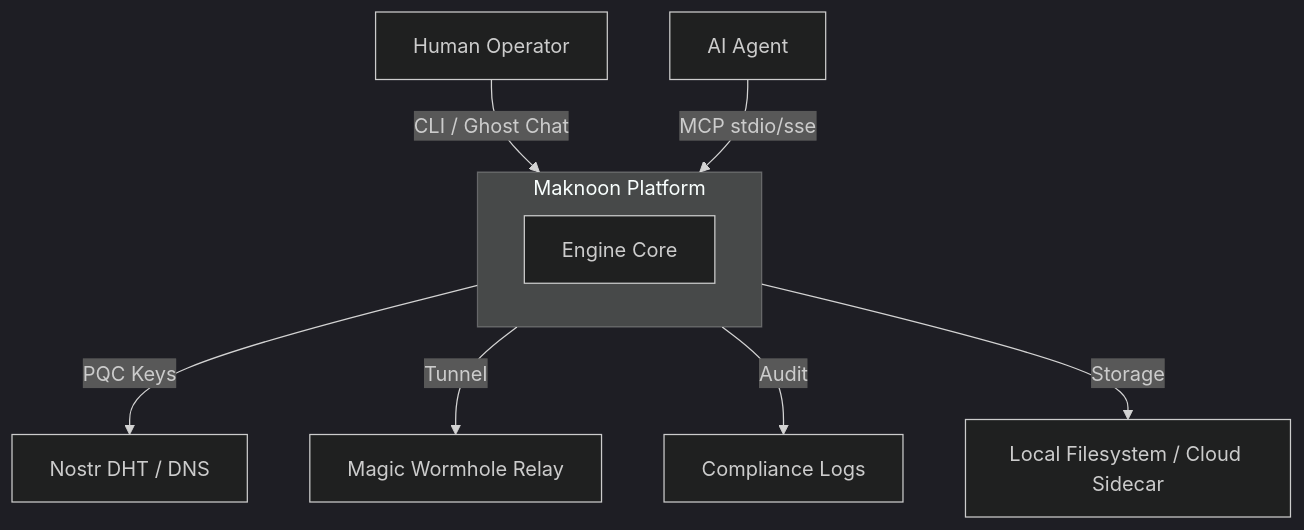
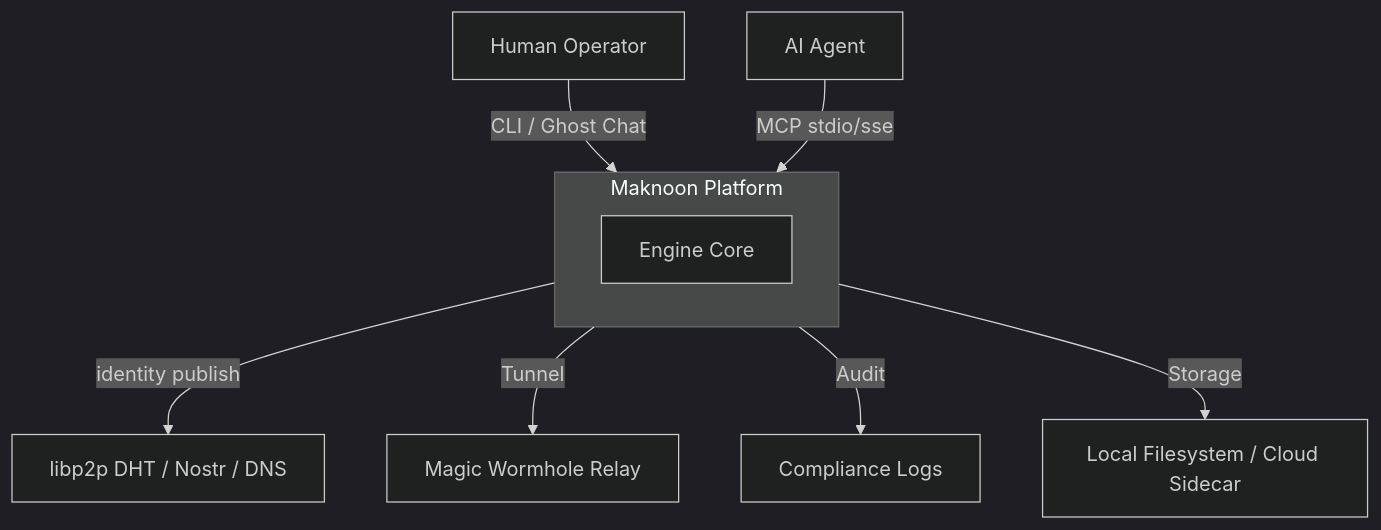
One commit to al-Zamakhshari/maknoon changed the first of 5 diagrams in docs/architecture/overview.md. Above: the diagram before and after it, drawn with Mermaid (dark theme). The commit also changed other lines of this file and 7 other files, not shown here.

First line of the commit message:
docs: remove profile 2 (aes), update identity registry docs

````diff
--- a/docs/architecture/overview.md
+++ b/docs/architecture/overview.md
@@ -7,14 +7,14 @@
 ```mermaid
 graph TD
     User[Human Operator] -- CLI / Ghost Chat --> Maknoon
     Agent[AI Agent] -- MCP stdio/sse --> Maknoon
     
     subgraph Maknoon [Maknoon Platform]
         Engine[Engine Core]
     end
     
-    Maknoon -- PQC Keys --> Nostr[Nostr DHT / DNS]
+    Maknoon -- identity publish --> Registry[libp2p DHT / Nostr / DNS]
     Maknoon -- Tunnel --> Wormhole[Magic Wormhole Relay]
     Maknoon -- Audit --> Logs[Compliance Logs]
     Maknoon -- Storage --> FS[Local Filesystem / Cloud Sidecar]
 ```
````
